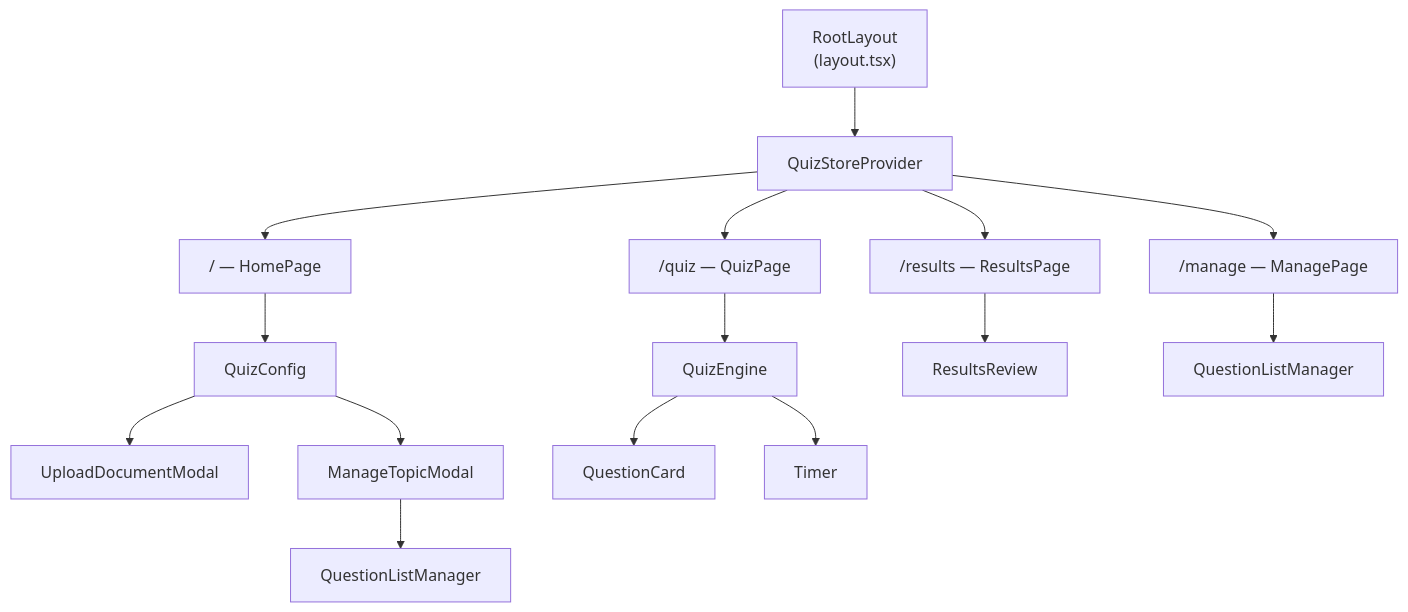
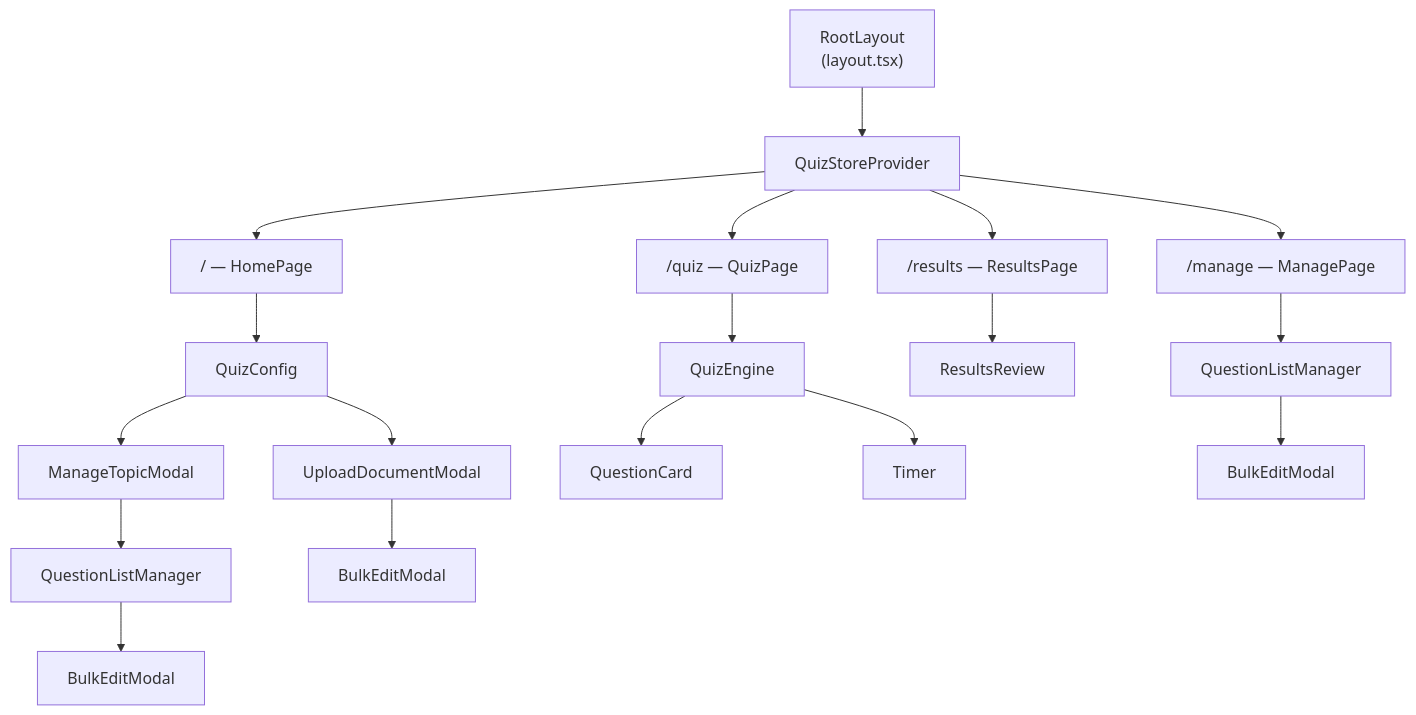
Before and after one commit to shshwtkhr/quiz-app: the fourth of 5 diagrams in docs/TECHNICAL_DOCUMENTATION.md, drawn with Mermaid. The commit also changed other lines of this file and 1 other file, not shown here.

````diff
--- a/docs/TECHNICAL_DOCUMENTATION.md
+++ b/docs/TECHNICAL_DOCUMENTATION.md
@@ -728,22 +834,26 @@
 ```mermaid
 graph TD
     Layout["RootLayout<br/>(layout.tsx)"]
     Layout --> Provider["QuizStoreProvider"]
     Provider --> Home["/ — HomePage"]
     Provider --> Quiz["/quiz — QuizPage"]
     Provider --> Results["/results — ResultsPage"]
     Provider --> Manage["/manage — ManagePage"]
 
     Home --> QC["QuizConfig"]
     QC --> UDM["UploadDocumentModal"]
     QC --> MTM["ManageTopicModal"]
     MTM --> QLM1["QuestionListManager"]
+    QLM1 --> BEM1["BulkEditModal"]
 
     Quiz --> QE["QuizEngine"]
     QE --> QCard["QuestionCard"]
     QE --> Timer["Timer"]
 
     Results --> RR["ResultsReview"]
 
     Manage --> QLM2["QuestionListManager"]
+    QLM2 --> BEM2["BulkEditModal"]
+
+    UDM --> BEM3["BulkEditModal"]
 ```
````
